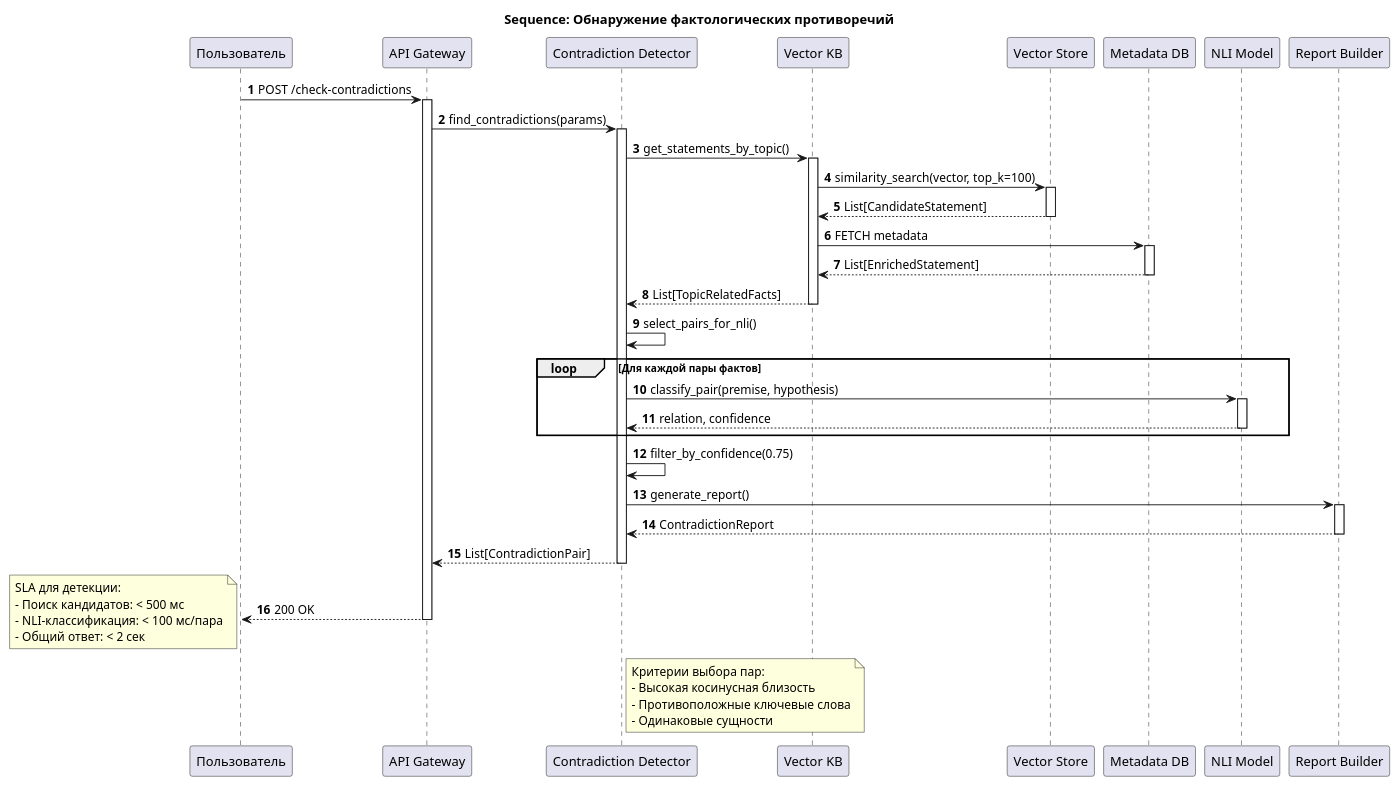
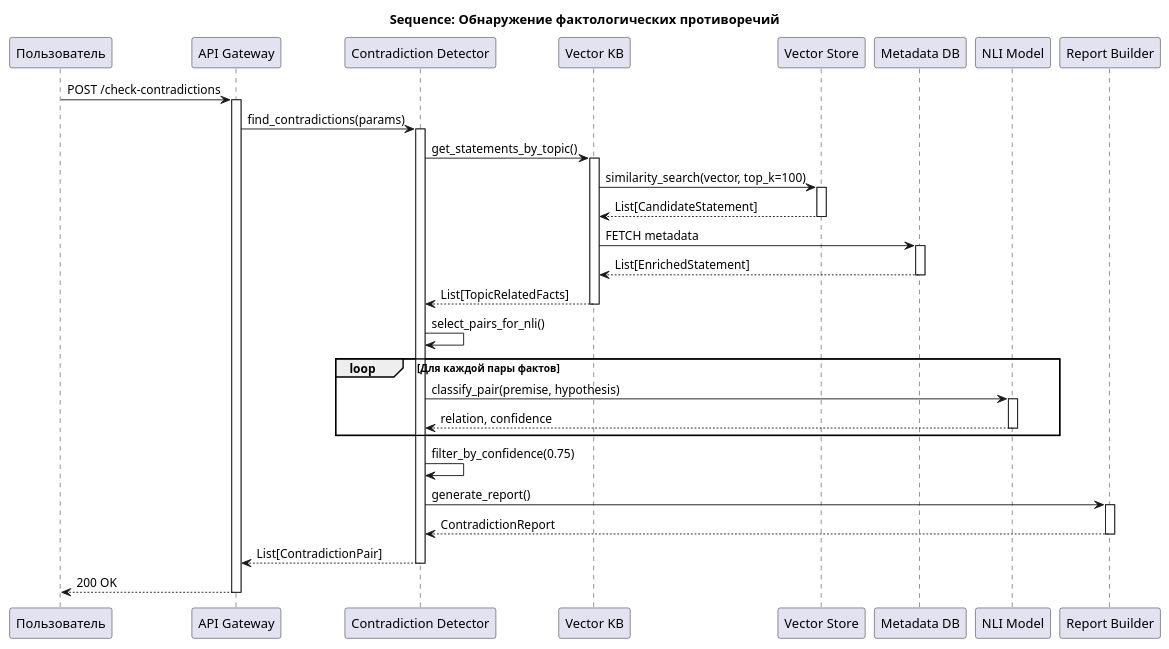
Before and after one commit to VashMyaKovski/course-project-2course: the diagram in docs/diagrams/src/05_seq_contradiction_detection.puml, drawn with PlantUML. The commit also changed 17 other files, not shown here.

Commit message:
Add diagrams to project

```diff
--- a/docs/diagrams/src/05_seq_contradiction_detection.puml
+++ b/docs/diagrams/src/05_seq_contradiction_detection.puml
@@ -1,72 +1,57 @@
 @startuml 05_seq_contradiction_detection
 title "Sequence: Обнаружение фактологических противоречий"
-autonumber
 
 participant "Пользователь" as User
 participant "API Gateway" as API
 participant "Contradiction Detector" as Detector
 participant "Vector KB" as KB
 participant "Vector Store" as VS
 participant "Metadata DB" as DB
 participant "NLI Model" as NLI
 participant "Report Builder" as Builder
 
 User -> API: POST /check-contradictions
 activate API
 
 API -> Detector: find_contradictions(params)
 activate Detector
 
 Detector -> KB: get_statements_by_topic()
 activate KB
 
 KB -> VS: similarity_search(vector, top_k=100)
 activate VS
 VS --> KB: List[CandidateStatement]
 deactivate VS
 
 KB -> DB: FETCH metadata
 activate DB
 DB --> KB: List[EnrichedStatement]
 deactivate DB
 
 KB --> Detector: List[TopicRelatedFacts]
 deactivate KB
 
 Detector -> Detector: select_pairs_for_nli()
 
 loop Для каждой пары фактов
   Detector -> NLI: classify_pair(premise, hypothesis)
   activate NLI
   NLI --> Detector: relation, confidence
   deactivate NLI
 end
 
 Detector -> Detector: filter_by_confidence(0.75)
 
 Detector -> Builder: generate_report()
 activate Builder
 Builder --> Detector: ContradictionReport
 deactivate Builder
 
 Detector --> API: List[ContradictionPair]
 deactivate Detector
 
 API --> User: 200 OK
 deactivate API
 
-note right of Detector
-  Критерии выбора пар:
-  - Высокая косинусная близость
-  - Противоположные ключевые слова
-  - Одинаковые сущности
-end note
-
-note bottom
-  SLA для детекции:
-  - Поиск кандидатов: < 500 мс
-  - NLI-классификация: < 100 мс/пара
-  - Общий ответ: < 2 сек
-end note
-
 @enduml
```
